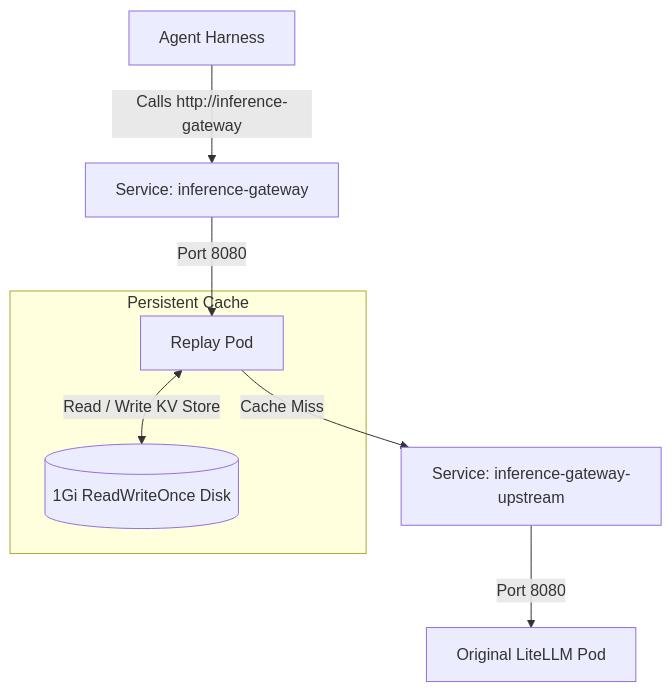
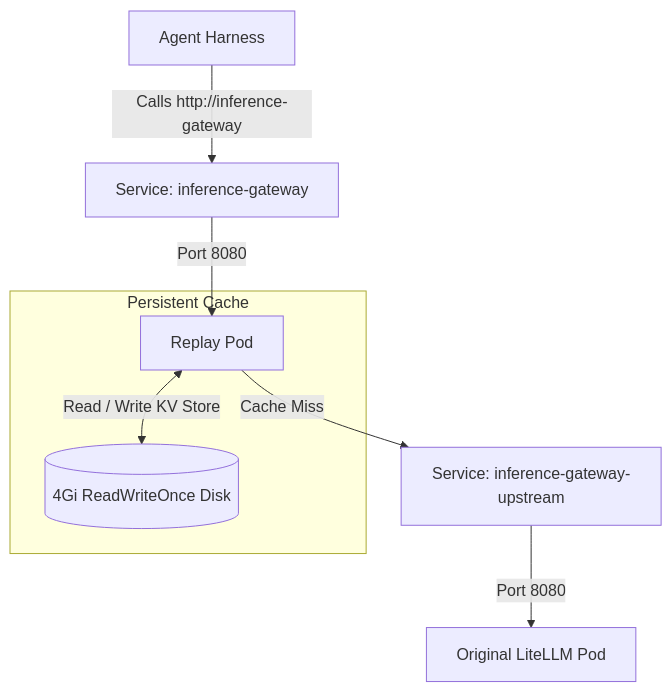
One commit to gke-labs/kube-agents changed the diagram in examples/inference-replay/README.md. Above: the diagram before and after it, drawn with Mermaid. The commit also changed other lines of this file and 31 other files, not shown here.

````diff
--- a/examples/inference-replay/README.md
+++ b/examples/inference-replay/README.md
@@ -10,12 +10,12 @@
 ```mermaid
 graph TD
     Agent[Agent Harness] -->|Calls http://inference-gateway| ProxySvc[Service: inference-gateway]
     ProxySvc -->|Port 8080| ProxyPod[Replay Pod]
 
     subgraph Persistent Cache
-        ProxyPod <-->|Read / Write KV Store| PVC[(1Gi ReadWriteOnce Disk)]
+        ProxyPod <-->|Read / Write KV Store| PVC[(4Gi ReadWriteOnce Disk)]
     end
 
     ProxyPod -->|Cache Miss| RealSvc[Service: inference-gateway-upstream]
     RealSvc -->|Port 8080| RealPod[Original LiteLLM Pod]
 ```
````
